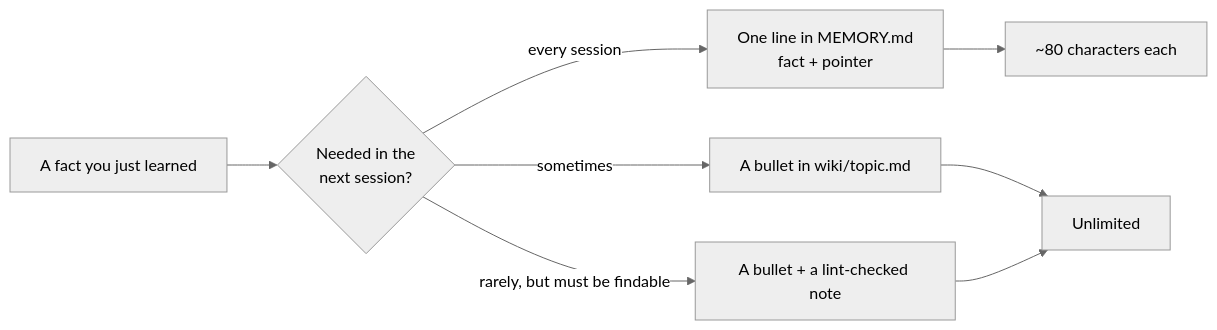
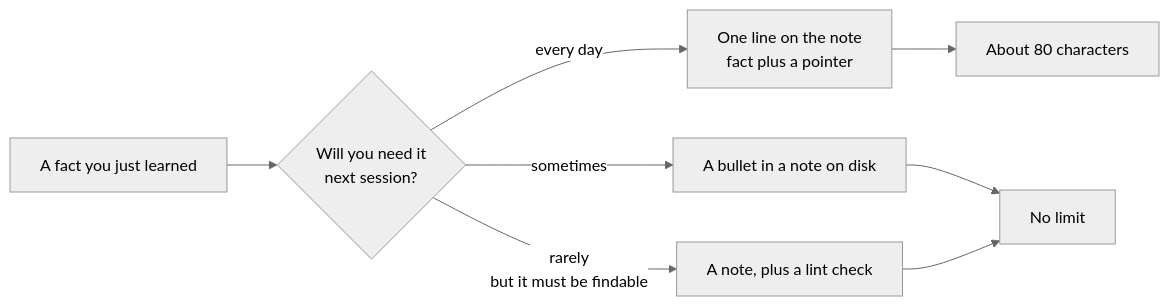
One commit to QINXIN111/tiered-memory changed the third of 3 diagrams in README.md. Above: the diagram before and after it, drawn with Mermaid (neutral theme). The commit also changed other lines of this file and 1 other file, not shown here.

````diff
--- a/README.md
+++ b/README.md
@@ -69,10 +74,10 @@
 ```mermaid
 flowchart LR
-    Q["A fact you just learned"] --> R{"Needed in the<br/>next session?"}
-    R -- "every session" --> S["One line in MEMORY.md<br/>fact + pointer"]
-    R -- "sometimes" --> T["A bullet in wiki/topic.md"]
-    R -- "rarely, but must be findable" --> U["A bullet + a lint-checked note"]
-    S --> V["~80 characters each"]
-    T --> W["Unlimited"]
+    Q["A fact you just learned"] --> R{"Will you need it<br/>next session?"}
+    R -- "every day" --> S["One line on the note<br/>fact plus a pointer"]
+    R -- "sometimes" --> T["A bullet in a note on disk"]
+    R -- "rarely<br/>but it must be findable" --> U["A note, plus a lint check"]
+    S --> V["About 80 characters"]
+    T --> W["No limit"]
     U --> W
 ```
````
